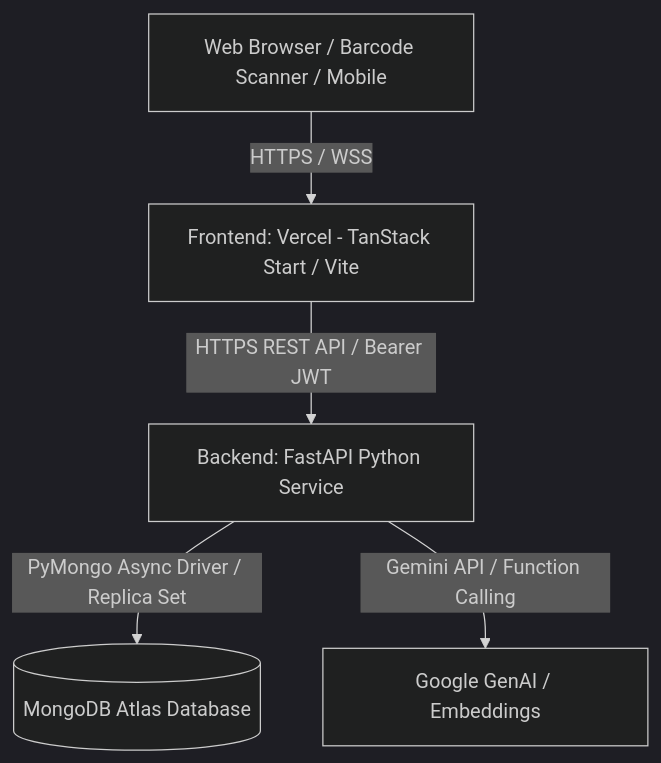
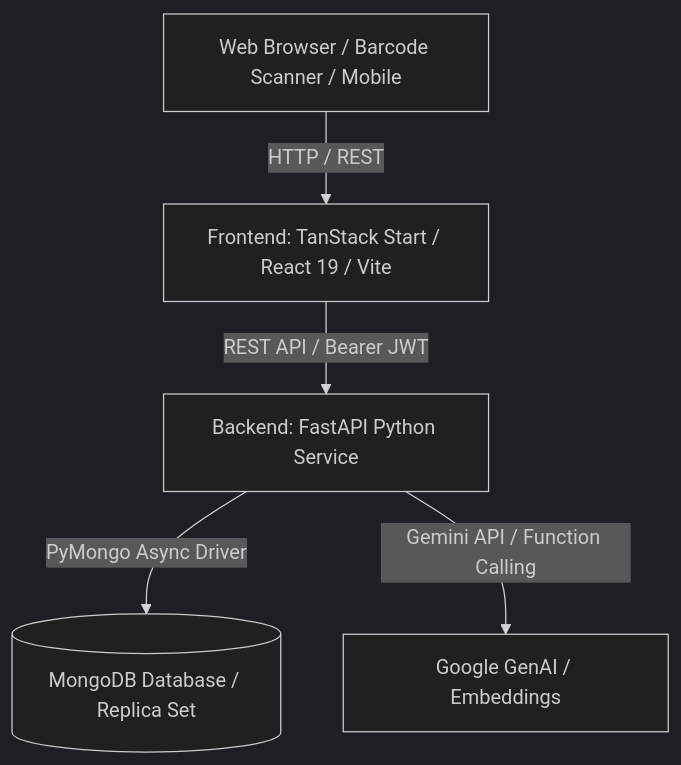
One commit to Rudra-Dalal/Warehouse_management_system changed the diagram in README.md. Above: the diagram before and after it, drawn with Mermaid (dark theme). The commit also changed other lines of this file and 20 other files, not shown here.

````diff
--- a/README.md
+++ b/README.md
@@ -11,7 +11,7 @@
 ```mermaid
 graph TD
-    Client[Web Browser / Barcode Scanner / Mobile] -->|HTTPS / WSS| VercelApp[Frontend: Vercel - TanStack Start / Vite]
-    VercelApp -->|HTTPS REST API / Bearer JWT| FastApiBackend[Backend: FastAPI Python Service]
-    FastApiBackend -->|PyMongo Async Driver / Replica Set| MongoAtlas[(MongoDB Atlas Database)]
+    Client[Web Browser / Barcode Scanner / Mobile] -->|HTTP / REST| FrontendApp[Frontend: TanStack Start / React 19 / Vite]
+    FrontendApp -->|REST API / Bearer JWT| FastApiBackend[Backend: FastAPI Python Service]
+    FastApiBackend -->|PyMongo Async Driver| MongoDb[(MongoDB Database / Replica Set)]
     FastApiBackend -->|Gemini API / Function Calling| GeminiAI[Google GenAI / Embeddings]
 ```
````
